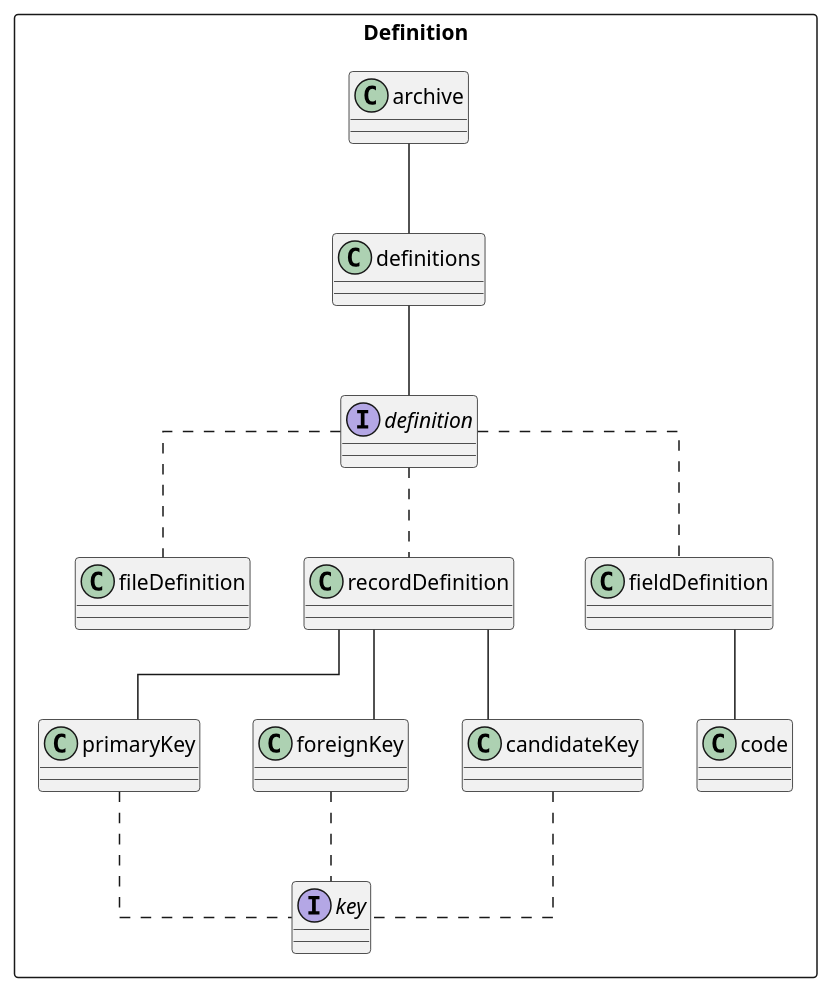
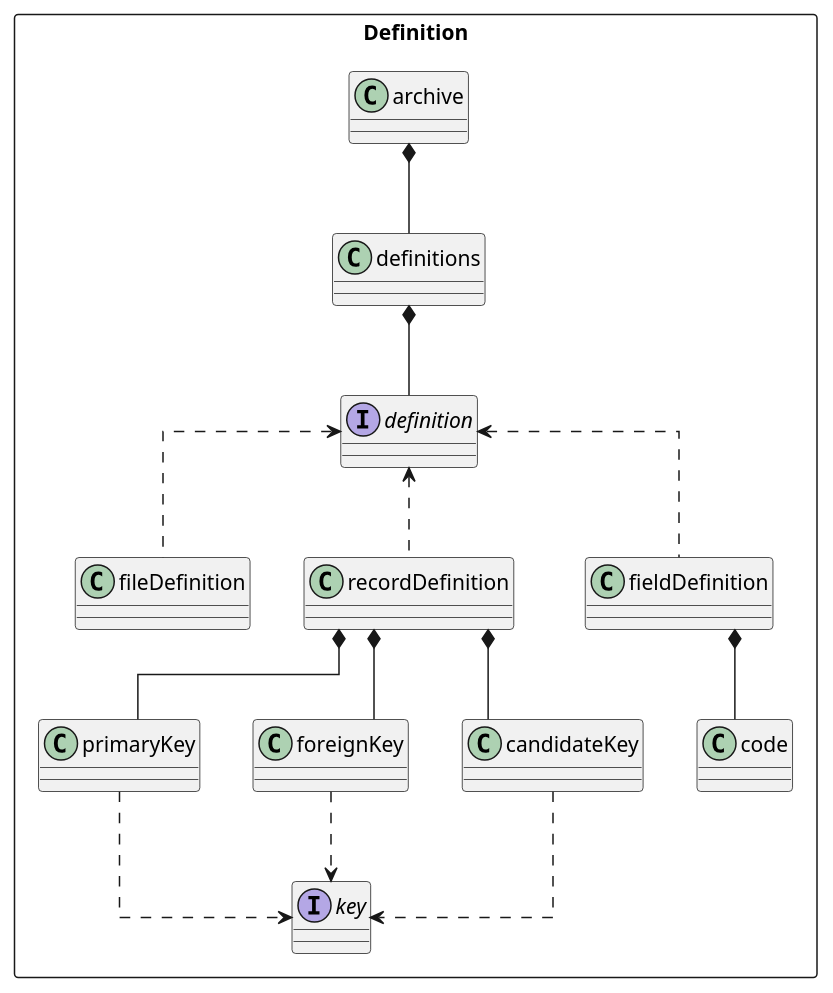
Before and after one commit to joergen-vs/73027c42-c2cd-4c62-b1f4-2532c0eb8dab: the diagram in usage/aspirations/umls/uml-definition.puml, drawn with PlantUML. The commit also changed 5 other files, not shown here.

```diff
--- a/usage/aspirations/umls/uml-definition.puml
+++ b/usage/aspirations/umls/uml-definition.puml
@@ -1,26 +1,26 @@
 @startuml
 skinparam linetype polyline
 skinparam linetype ortho
 
 package "Definition" <<Rectangle>> {
-archive -- definitions
+archive *-- definitions
 
 interface definition
 interface key
 
-definitions -- definition
-definition .. fileDefinition
-definition .. recordDefinition
-definition .. fieldDefinition
+definitions *-- definition
+definition <.. fileDefinition
+definition <.. recordDefinition
+definition <.. fieldDefinition
 
-recordDefinition -- primaryKey
-recordDefinition -- foreignKey
-recordDefinition -- candidateKey
-primaryKey .. key
-foreignKey ..key
-candidateKey ..  key
+recordDefinition *-- primaryKey
+recordDefinition *-- foreignKey
+recordDefinition *-- candidateKey
+primaryKey ..> key
+foreignKey ..> key
+candidateKey ..> key
 
-fieldDefinition -- code
+fieldDefinition *-- code
 }
 
 @enduml
```
